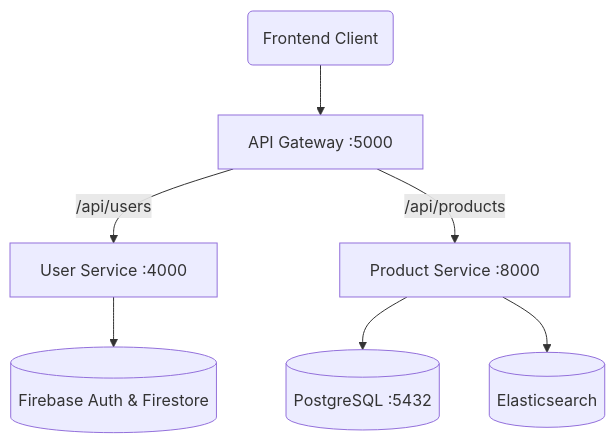
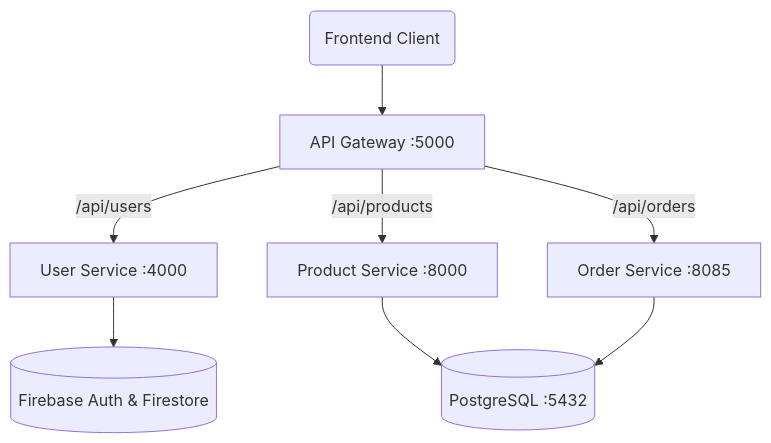
One commit to Sabirdaar/MICRO-ARCHITECTURE- changed the diagram in README.md. Above: the diagram before and after it, drawn with Mermaid. The commit also changed other lines of this file and 16 other files, not shown here.

````diff
--- a/README.md
+++ b/README.md
@@ -9,9 +9,10 @@
 ```mermaid
 graph TD
     Client(Frontend Client) --> Gateway
     Gateway[API Gateway :5000] -->|/api/users| UserService[User Service :4000]
     Gateway -->|/api/products| ProductService[Product Service :8000]
+    Gateway -->|/api/orders| OrderService[Order Service :8085]
     UserService --> Firebase[(Firebase Auth & Firestore)]
     ProductService --> Postgres[(PostgreSQL :5432)]
-    ProductService --> Elastic[(Elasticsearch)]
+    OrderService --> Postgres
 ```
````
